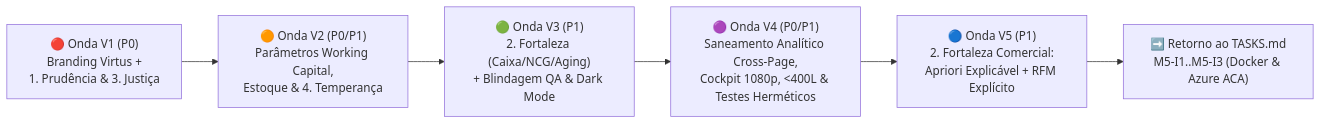
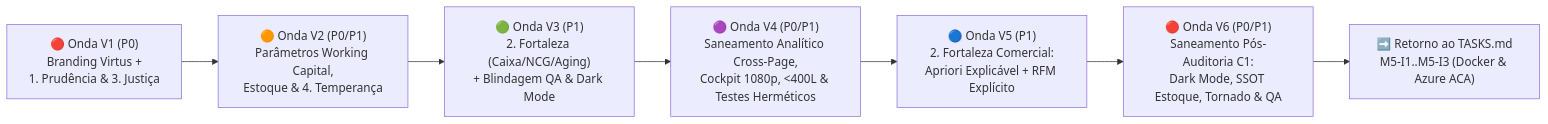
Before and after one commit to DemetrioFim/kyberna: the diagram in TASKS_REFACTORY.md, drawn with Mermaid. The commit also changed other lines of this file, not shown here.

Commit message:
docs: add Onda V6 audit hardening tasks and requirements to TASKS_REFACTORY.md

````diff
--- a/TASKS_REFACTORY.md
+++ b/TASKS_REFACTORY.md
@@ -22,8 +22,9 @@
 ```mermaid
 flowchart LR
     V1["🔴 Onda V1 (P0)<br/>Branding Virtus +<br/>1. Prudência & 3. Justiça"] --> V2["🟠 Onda V2 (P0/P1)<br/>Parâmetros Working Capital,<br/>Estoque & 4. Temperança"]
     V2 --> V3["🟢 Onda V3 (P1)<br/>2. Fortaleza (Caixa/NCG/Aging)<br/>+ Blindagem QA & Dark Mode"]
     V3 --> V4["🟣 Onda V4 (P0/P1)<br/>Saneamento Analítico Cross-Page,<br/>Cockpit 1080p, <400L & Testes Herméticos"]
     V4 --> V5["🔵 Onda V5 (P1)<br/>2. Fortaleza Comercial:<br/>Apriori Explicável + RFM Explícito"]
-    V5 --> M5I["➡️ Retorno ao TASKS.md<br/>M5-I1..M5-I3 (Docker & Azure ACA)"]
+    V5 --> V6["🔴 Onda V6 (P0/P1)<br/>Saneamento Pós-Auditoria C1:<br/>Dark Mode, SSOT Estoque, Tornado & QA"]
+    V6 --> M5I["➡️ Retorno ao TASKS.md<br/>M5-I1..M5-I3 (Docker & Azure ACA)"]
 ```
````
